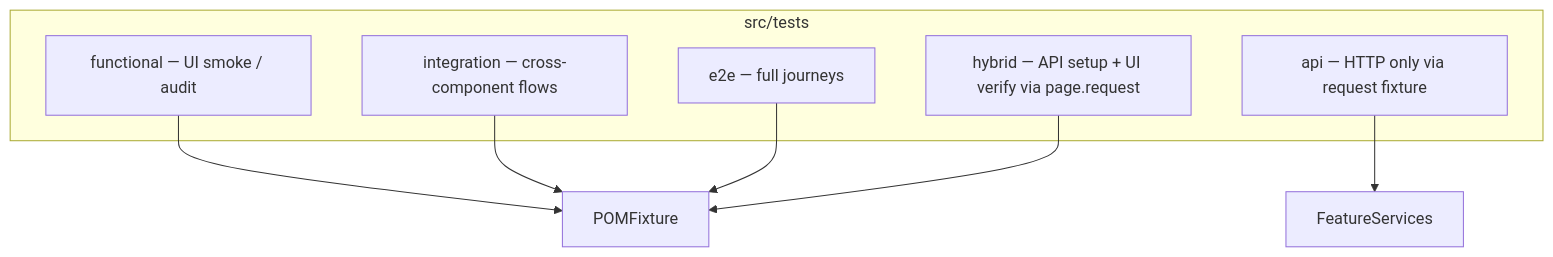
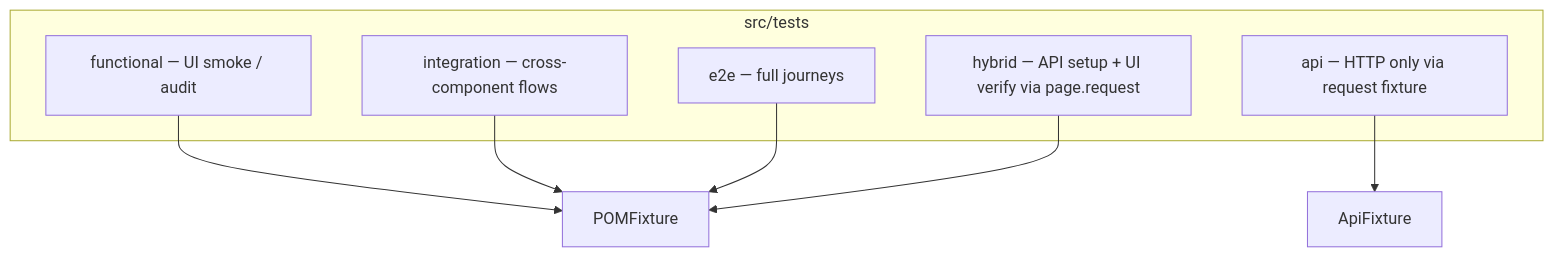
Before and after one commit to NandaRam153/Opencart-Playwright-Typescript-automation: the third of 4 diagrams in docs/ARCHITECTURE.md, drawn with Mermaid. The commit also changed other lines of this file and 13 other files, not shown here.

Commit message:
Update README and documentation to include new Phones & PDAs category showcase, enhance fixture descriptions, and clarify testing structure. Refactor POMFixture to improve service handling and add new API fixture. Update test specifications and seed documentation to reflect recent changes.

````diff
--- a/docs/ARCHITECTURE.md
+++ b/docs/ARCHITECTURE.md
@@ -125,16 +125,16 @@
 ```mermaid
 flowchart TD
     subgraph layers [src/tests]
         F[functional — UI smoke / audit]
         I[integration — cross-component flows]
         E[e2e — full journeys]
         A[api — HTTP only via request fixture]
         H[hybrid — API setup + UI verify via page.request]
     end
 
     F --> POMFixture
     I --> POMFixture
     E --> POMFixture
     H --> POMFixture
-    A --> FeatureServices
+    A --> ApiFixture
 ```
````
